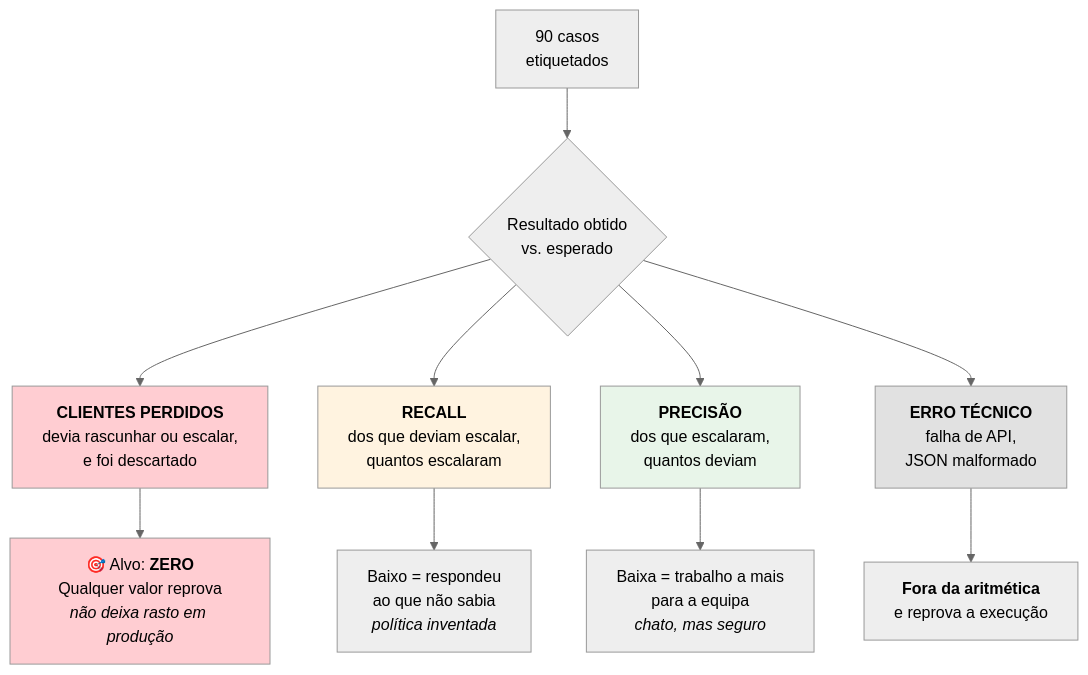
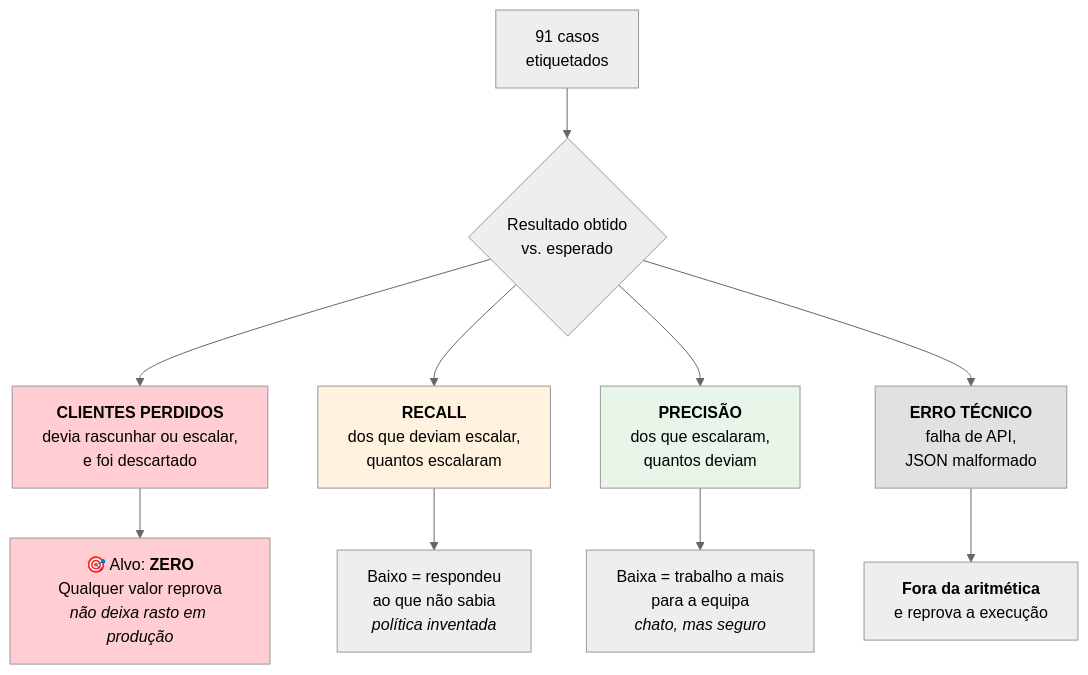
One commit to joaocarvalhini/Outlook-Reply-Assistant changed the diagram in docs/05-reliability/evaluation.md. Above: the diagram before and after it, drawn with Mermaid (neutral theme). The commit also changed other lines of this file and 8 other files, not shown here.

````diff
--- a/docs/05-reliability/evaluation.md
+++ b/docs/05-reliability/evaluation.md
@@ -24,20 +24,20 @@
 ```mermaid
 flowchart TD
-    A["90 casos<br/>etiquetados"] --> B{"Resultado obtido<br/>vs. esperado"}
+    A["91 casos<br/>etiquetados"] --> B{"Resultado obtido<br/>vs. esperado"}
 
     B --> C["<b>CLIENTES PERDIDOS</b><br/>devia rascunhar ou escalar,<br/>e foi descartado"]
     B --> D["<b>RECALL</b><br/>dos que deviam escalar,<br/>quantos escalaram"]
     B --> E["<b>PRECISÃO</b><br/>dos que escalaram,<br/>quantos deviam"]
     B --> F["<b>ERRO TÉCNICO</b><br/>falha de API,<br/>JSON malformado"]
 
     C --> C1["🎯 Alvo: <b>ZERO</b><br/>Qualquer valor reprova<br/><i>não deixa rasto em produção</i>"]
     D --> D1["Baixo = respondeu<br/>ao que não sabia<br/><i>política inventada</i>"]
     E --> E1["Baixa = trabalho a mais<br/>para a equipa<br/><i>chato, mas seguro</i>"]
     F --> F1["<b>Fora da aritmética</b><br/>e reprova a execução"]
 
     style C fill:#ffcdd2
     style C1 fill:#ffcdd2
     style D fill:#fff3e0
     style E fill:#e8f5e9
     style F fill:#e1e1e1
 ```
````
